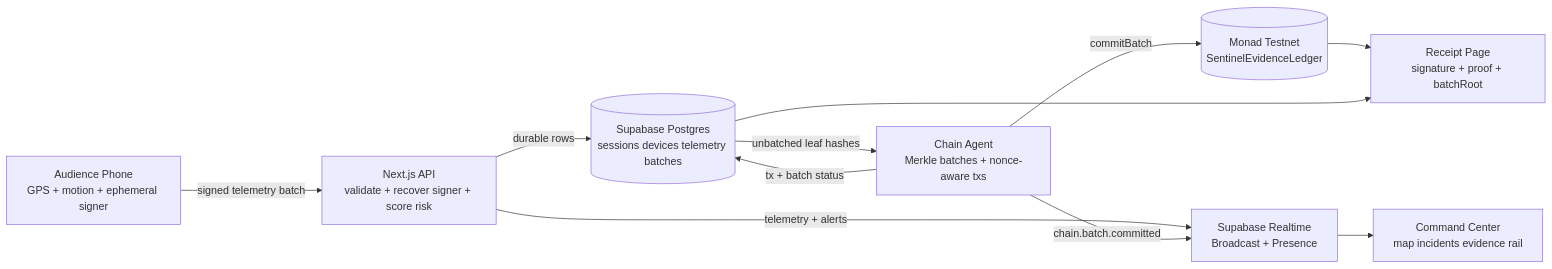
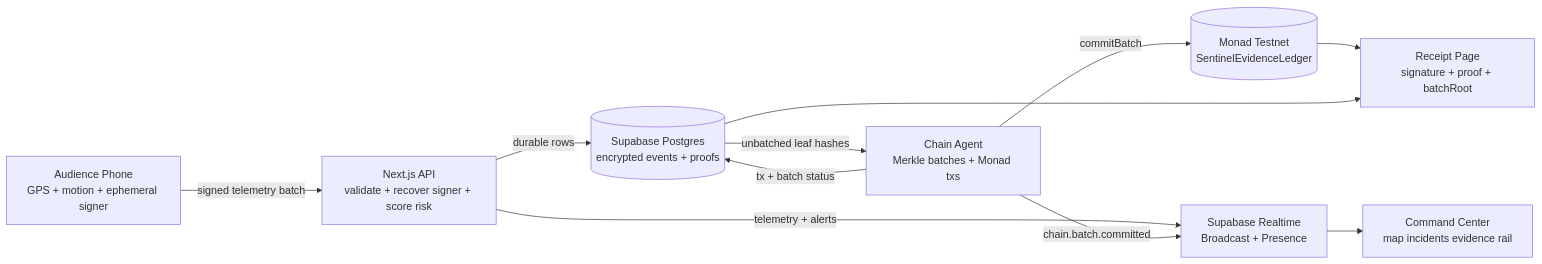
One commit to roshaninfordham/monad-sentinel changed the first of 3 diagrams in README.md. Above: the diagram before and after it, drawn with Mermaid. The commit also changed other lines of this file and 10 other files, not shown here.

````diff
--- a/README.md
+++ b/README.md
@@ -20,22 +22,22 @@
 ```mermaid
 flowchart LR
   Phone[Audience Phone<br/>GPS + motion + ephemeral signer]
   API[Next.js API<br/>validate + recover signer + score risk]
-  DB[(Supabase Postgres<br/>sessions devices telemetry batches)]
+  DB[(Supabase Postgres<br/>encrypted events + proofs)]
   RT[Supabase Realtime<br/>Broadcast + Presence]
   Dash[Command Center<br/>map incidents evidence rail]
-  Agent[Chain Agent<br/>Merkle batches + nonce-aware txs]
+  Agent[Chain Agent<br/>Merkle batches + Monad txs]
   Monad[(Monad Testnet<br/>SentinelEvidenceLedger)]
   Receipt[Receipt Page<br/>signature + proof + batchRoot]
 
   Phone -->|signed telemetry batch| API
   API -->|durable rows| DB
   API -->|telemetry + alerts| RT
   RT --> Dash
   DB -->|unbatched leaf hashes| Agent
   Agent -->|commitBatch| Monad
   Agent -->|tx + batch status| DB
   Agent -->|chain.batch.committed| RT
   Monad --> Receipt
   DB --> Receipt
 ```
````
